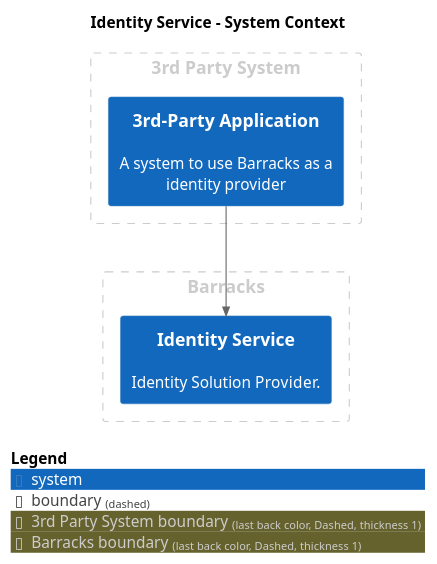
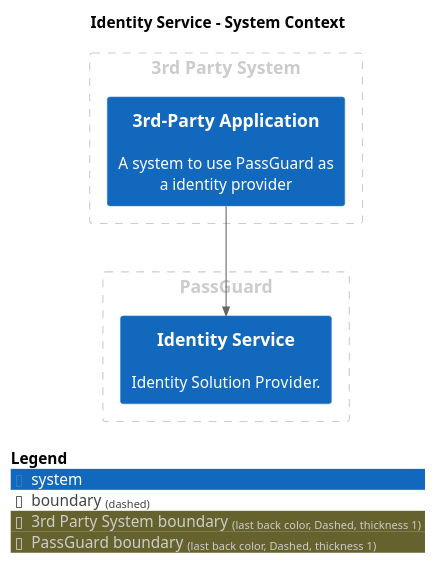
The diagram in master/puml/SystemContext.puml (IntellectusCorp/passguard-docs), drawn with PlantUML before and after one commit. The commit also changed 28 other files, not shown here.

```diff
--- a/master/puml/SystemContext.puml
+++ b/master/puml/SystemContext.puml
@@ -1,24 +1,24 @@
 @startuml
 set separator none
 title Identity Service - System Context
 
 top to bottom direction
 
 !include <C4/C4>
 !include <C4/C4_Context>
 
 AddBoundaryTag("3rd Party System", $borderColor="#cccccc", $fontColor="#cccccc", $borderStyle="Dashed", $borderThickness="1")
 Boundary(group_1, "3rd Party System", $tags="3rd Party System") {
-  System(3rdPartyApplication, "3rd-Party Application", $descr="A system to use Barracks as a identity provider", $tags="", $link="")
+  System(3rdPartyApplication, "3rd-Party Application", $descr="A system to use PassGuard as a identity provider", $tags="", $link="")
 }
 
-AddBoundaryTag("Barracks", $borderColor="#cccccc", $fontColor="#cccccc", $borderStyle="Dashed", $borderThickness="1")
-Boundary(group_2, "Barracks", $tags="Barracks") {
+AddBoundaryTag("PassGuard", $borderColor="#cccccc", $fontColor="#cccccc", $borderStyle="Dashed", $borderThickness="1")
+Boundary(group_2, "PassGuard", $tags="PassGuard") {
   System(IdentityService, "Identity Service", $descr="Identity Solution Provider.", $tags="", $link="")
 }
 
 
 Rel(3rdPartyApplication, IdentityService, "", $techn="", $tags="", $link="")
 
 SHOW_LEGEND(true)
 @enduml
```
